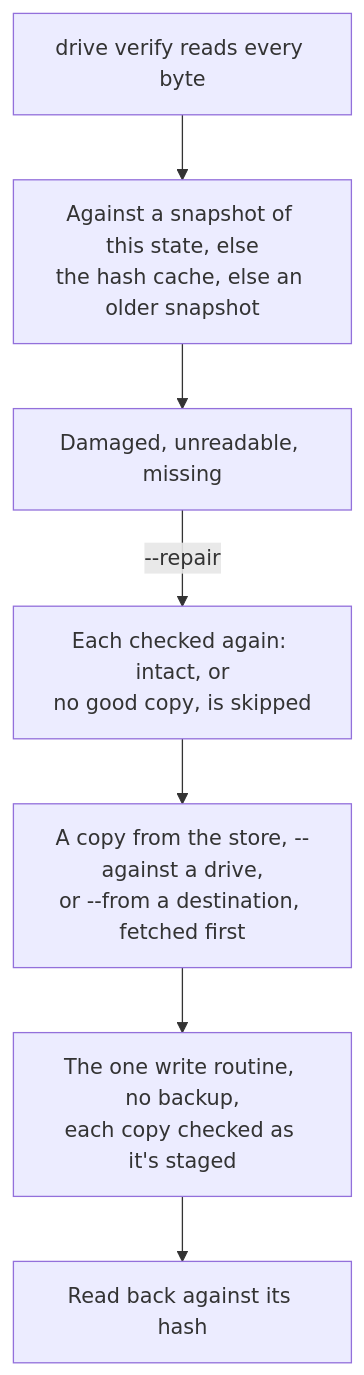
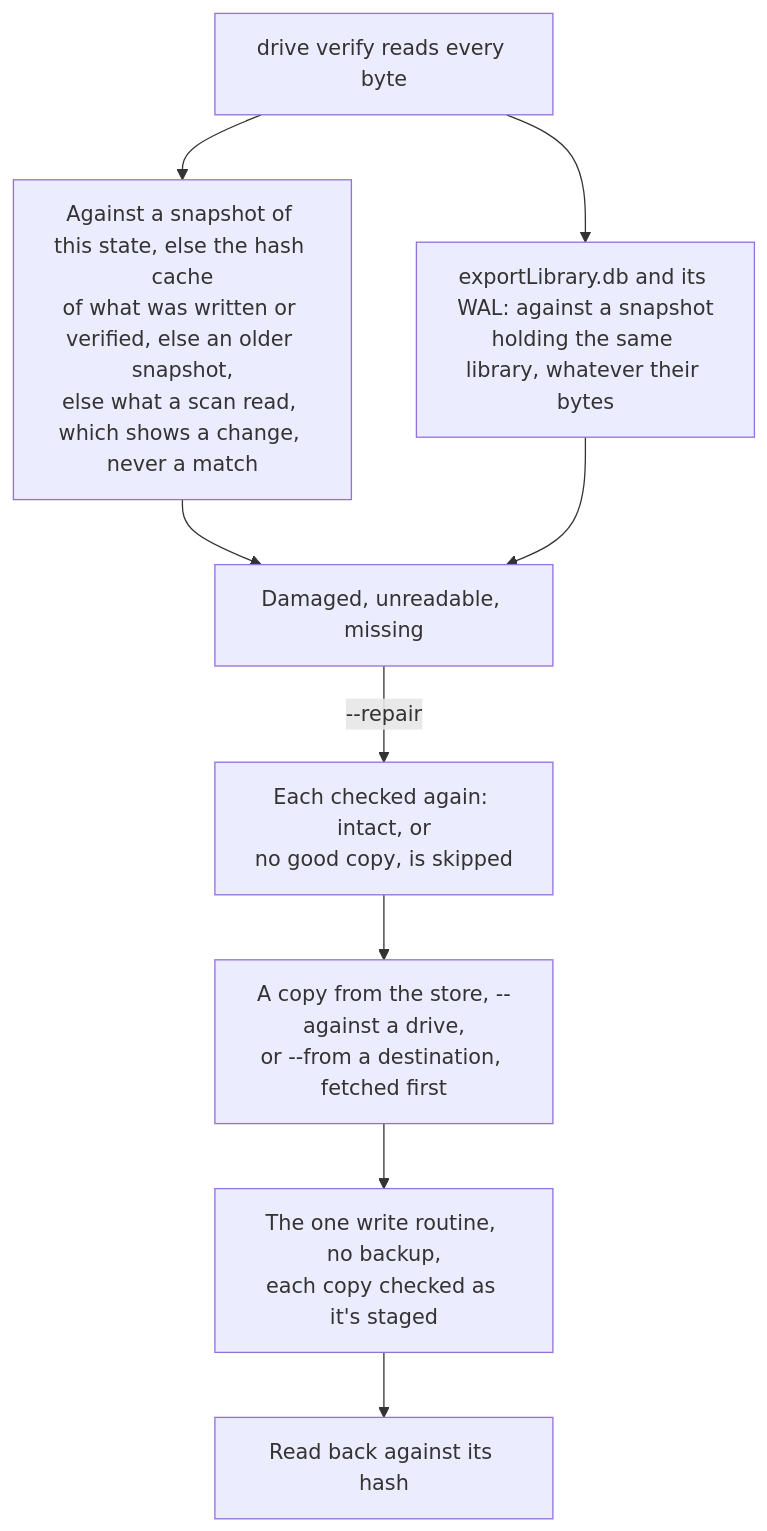
Diagram 15 of 18 in apps/locallibrary/docs/diagrams/store-and-drives.md (cutenode/localnetwork), drawn with Mermaid before and after one commit. The commit also changed other lines of this file and 6 other files, not shown here.

First line of the commit message:
docs(locallibrary): bring the diagrams up to date with the code

````diff
--- a/apps/locallibrary/docs/diagrams/store-and-drives.md
+++ b/apps/locallibrary/docs/diagrams/store-and-drives.md
@@ -309,9 +343,11 @@
 ```mermaid
 flowchart TD
-    verify["drive verify reads every byte"] --> refs["Against a snapshot of this state, else<br/>the hash cache, else an older snapshot"]
+    verify["drive verify reads every byte"] --> refs["Against a snapshot of this state, else the hash cache<br/>of what was written or verified, else an older snapshot,<br/>else what a scan read, which shows a change, never a match"]
+    verify --> db["exportLibrary.db and its WAL: against a snapshot<br/>holding the same library, whatever their bytes"]
     refs --> found["Damaged, unreadable, missing"]
+    db --> found
     found -->|"--repair"| again["Each checked again: intact, or<br/>no good copy, is skipped"]
     again --> source["A copy from the store, --against a drive,<br/>or --from a destination, fetched first"]
     source --> write["The one write routine, no backup,<br/>each copy checked as it's staged"]
     write --> back["Read back against its hash"]
 ```
````
